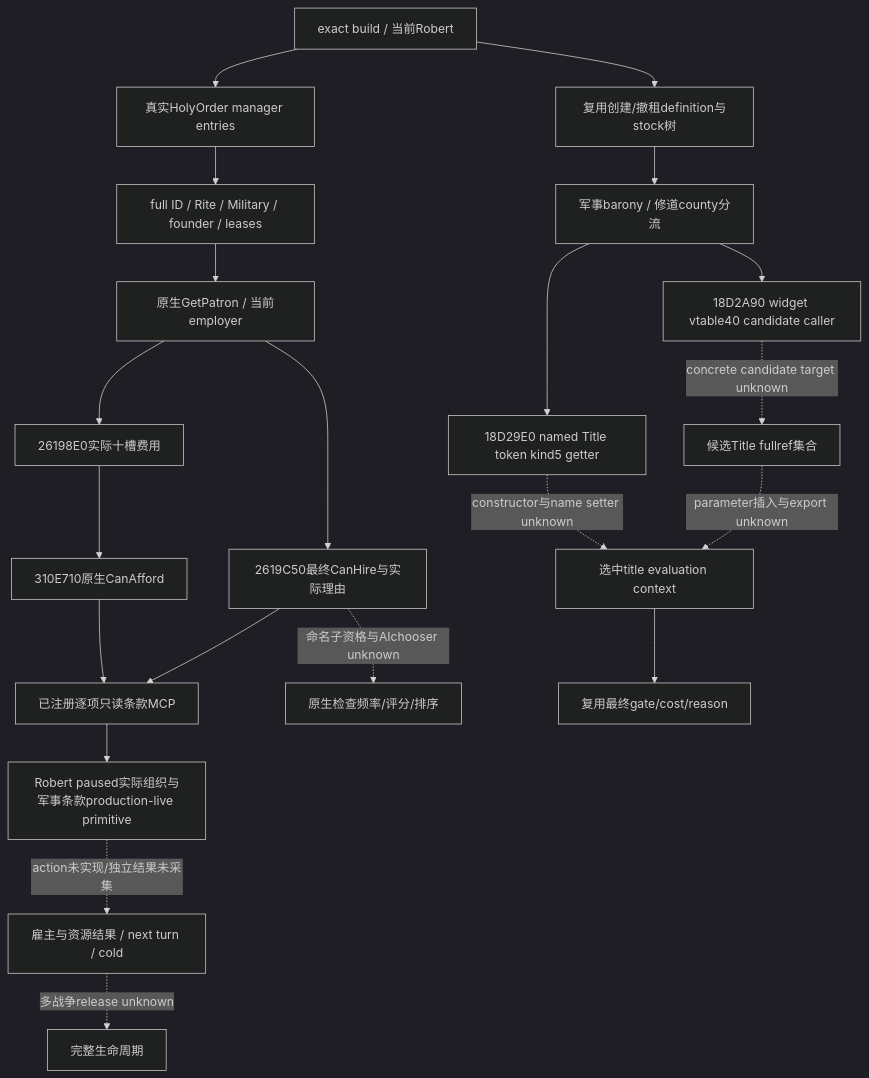
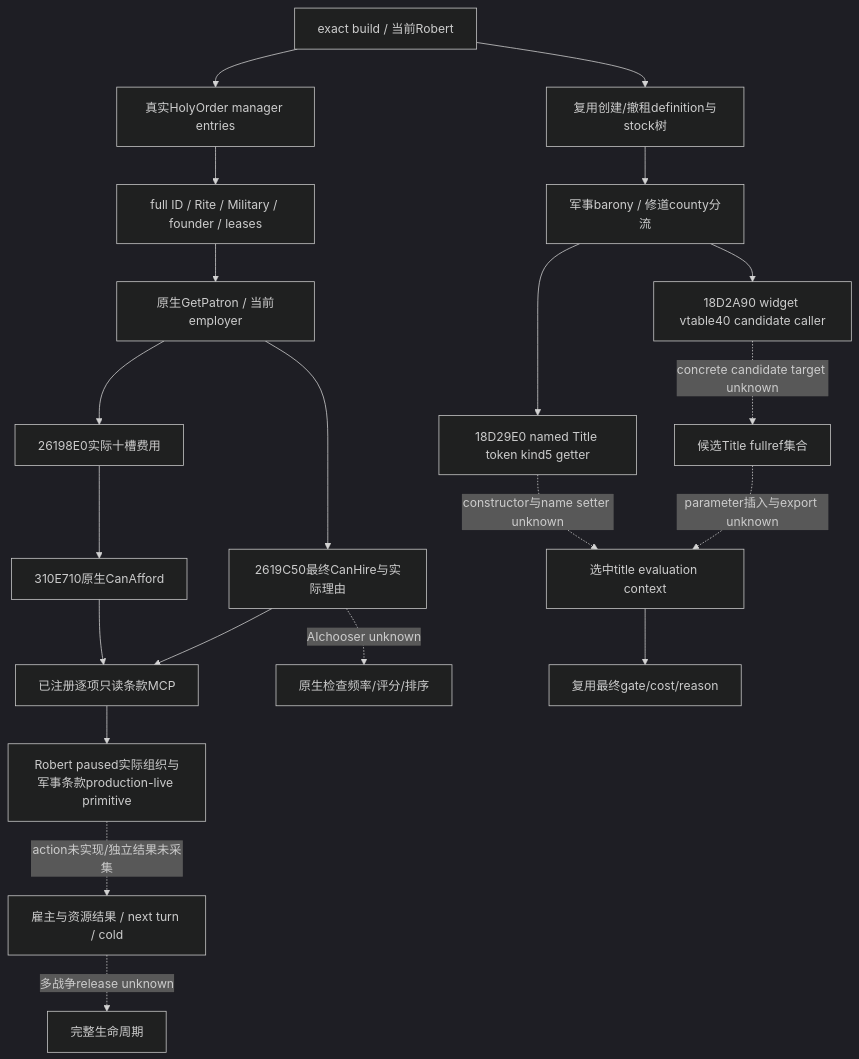
One commit to XenoAmess/ck3_eternal_recurrence changed the diagram in docs/ck3-native-ai/religion-holy-order-systems-native-ai-12003.md. Above: the diagram before and after it, drawn with Mermaid (dark theme). The commit also changed other lines of this file and 1 other file, not shown here.

Commit message:
Document native holy-order war hire eligibility

````diff
--- a/docs/ck3-native-ai/religion-holy-order-systems-native-ai-12003.md
+++ b/docs/ck3-native-ai/religion-holy-order-systems-native-ai-12003.md
@@ -76,23 +76,23 @@
 ```mermaid
 flowchart TD
     A[exact build / 当前Robert] --> M[真实HolyOrder manager entries]
     M --> I[full ID / Rite / Military / founder / leases]
     I --> P[原生GetPatron / 当前employer]
     P --> G[2619C50最终CanHire与实际理由]
     P --> Q[26198E0实际十槽费用]
     Q --> C[310E710原生CanAfford]
     G --> R[已注册逐项只读条款MCP]
     C --> R
-    G -. 命名子资格与AIchooser unknown .-> AI[原生检查频率/评分/排序]
+    G -. AIchooser unknown .-> AI[原生检查频率/评分/排序]
     R --> V[Robert paused实际组织与军事条款production-live primitive]
     A --> D[复用创建/撤租definition与stock树]
     D --> B[军事barony / 修道county分流]
     B --> K[18D29E0 named Title token kind5 getter]
     B --> W[18D2A90 widget vtable40 candidate caller]
     W -. concrete candidate target unknown .-> CT[候选Title fullref集合]
     CT -. parameter插入与export unknown .-> S[选中title evaluation context]
     K -. constructor与name setter unknown .-> S
     S --> F[复用最终gate/cost/reason]
     V -. action未实现/独立结果未采集 .-> O[雇主与资源结果 / next turn / cold]
     O -. 多战争release unknown .-> E[完整生命周期]
 ```
````
